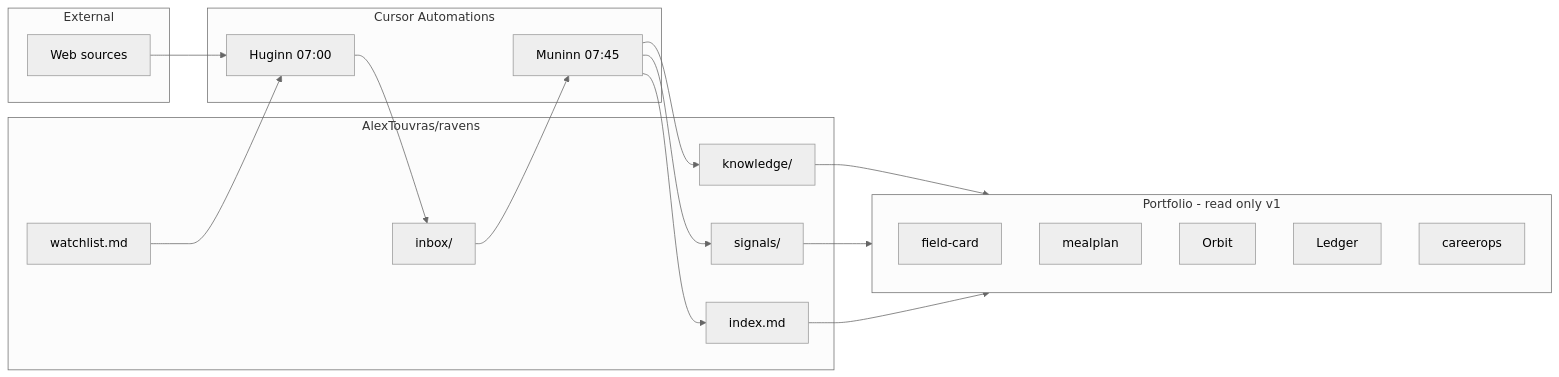
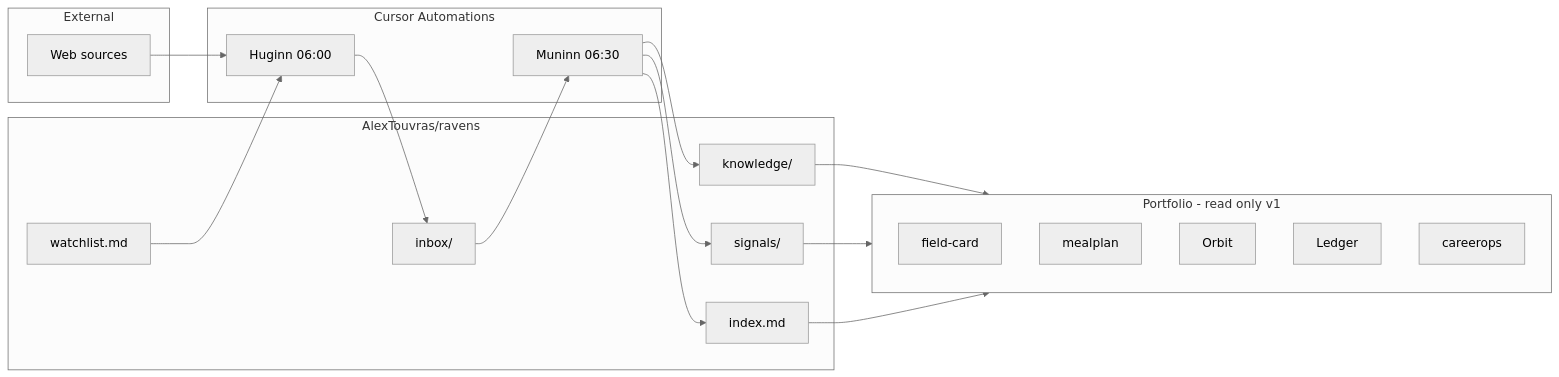
The first of 4 diagrams in docs/architecture/overview.md (AlexTouvras/ravens), drawn with Mermaid (neutral theme) before and after one commit. The commit also changed other lines of this file and 4 other files, not shown here.

First line of the commit message:
Document earlier Huginn/Muninn schedules (06:00 / 06:30 Helsinki).

````diff
--- a/docs/architecture/overview.md
+++ b/docs/architecture/overview.md
@@ -7,38 +7,38 @@
 ```mermaid
 flowchart LR
   subgraph sources [External]
     Web[Web sources]
   end
 
   subgraph ravens [AlexTouvras/ravens]
     WL[watchlist.md]
     Inbox[inbox/]
     Know[knowledge/]
     Sig[signals/]
     Idx[index.md]
   end
 
   subgraph agents [Cursor Automations]
-    H[Huginn 07:00]
-    M[Muninn 07:45]
+    H[Huginn 06:00]
+    M[Muninn 06:30]
   end
 
   subgraph consumers [Portfolio - read only v1]
     FC[field-card]
     MP[mealplan]
     OR[Orbit]
     LD[Ledger]
     CO[careerops]
   end
 
   WL --> H
   Web --> H
   H --> Inbox
   Inbox --> M
   M --> Know
   M --> Sig
   M --> Idx
   Know --> consumers
   Sig --> consumers
   Idx --> consumers
 ```
````
